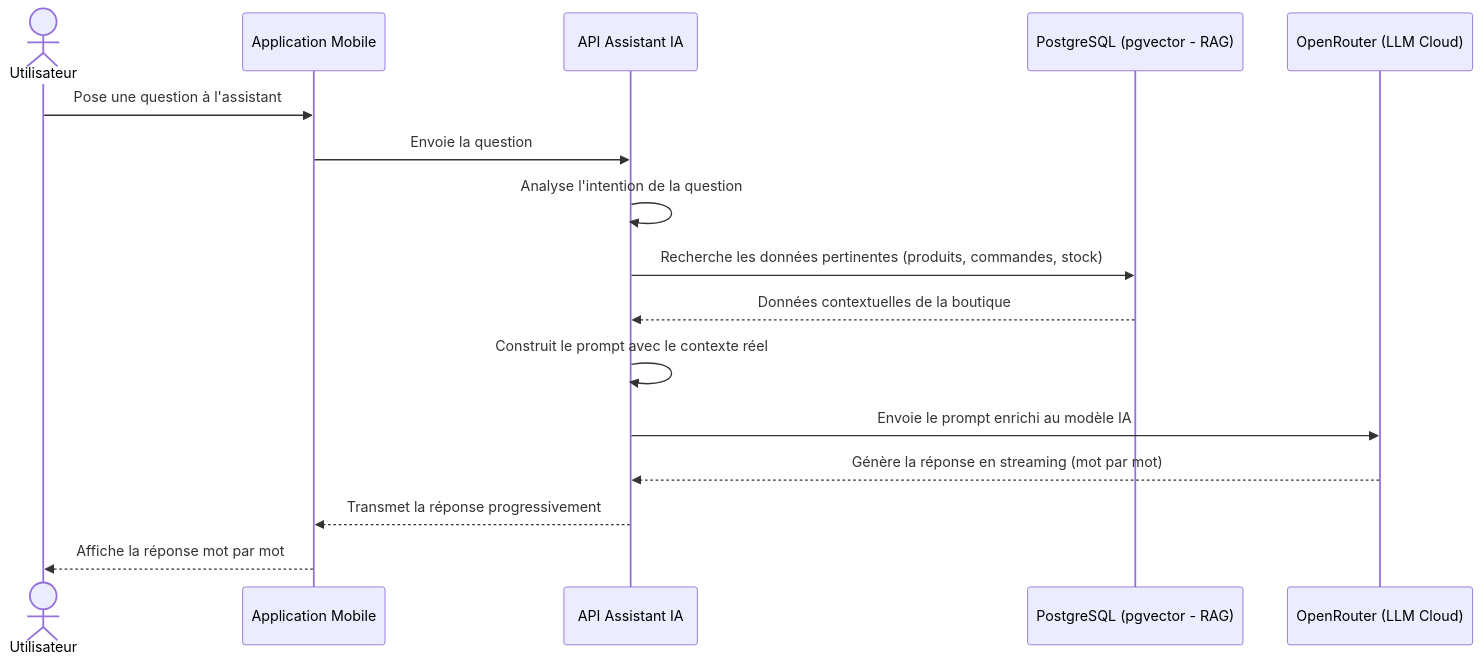
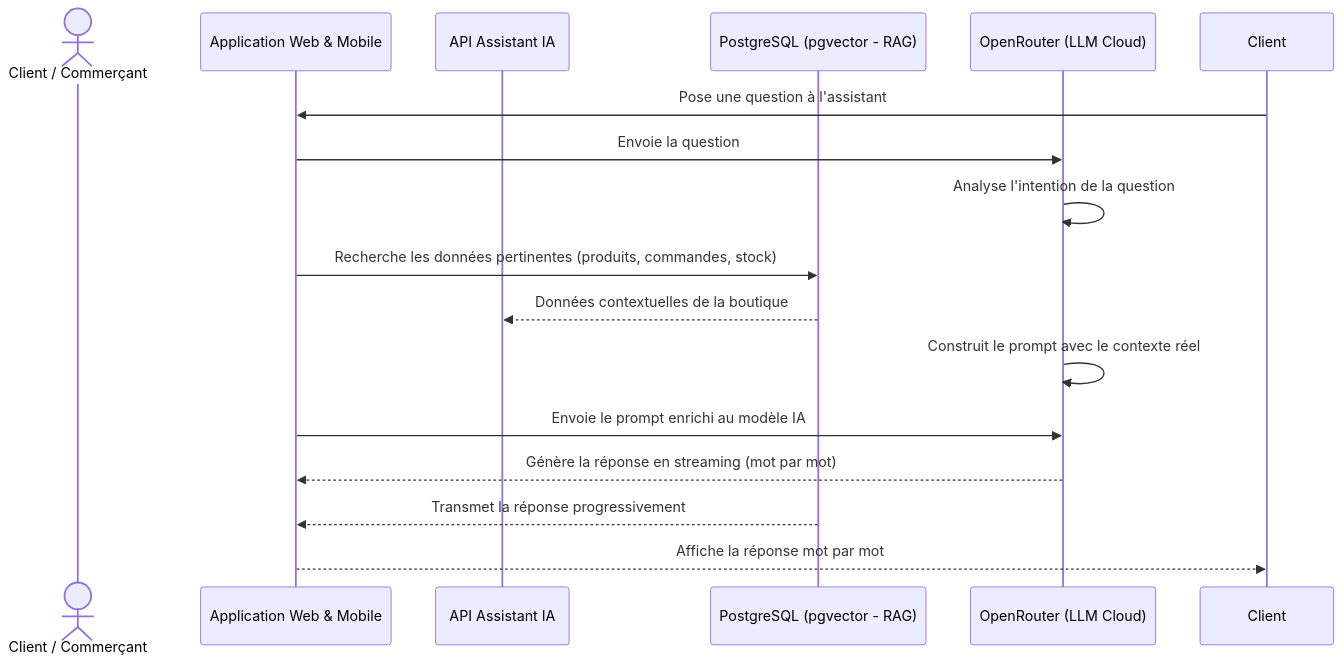
One commit to Abderrahmen1111/private-PFE-repos changed diagram 16 of 22 in CHAPITRE3_CONCEPTION.md. Above: the diagram before and after it, drawn with Mermaid. The commit also changed other lines of this file and 2 other files, not shown here.

Commit message:
docs: adapt sequence diagrams to Web/Mobile apps and Django SaaS Admin

````diff
--- a/CHAPITRE3_CONCEPTION.md
+++ b/CHAPITRE3_CONCEPTION.md
@@ -868,19 +870,19 @@
 ```mermaid
 sequenceDiagram
-    actor Utilisateur
-    participant Application as Application Mobile
+    actor Client / Commerçant
+    participant App as Application Web & Mobile
     participant ServeurIA as API Assistant IA
     participant BD as PostgreSQL (pgvector - RAG)
     participant LLM as OpenRouter (LLM Cloud)
 
-    Utilisateur->>Application: Pose une question à l'assistant
-    Application->>ServeurIA: Envoie la question
-    ServeurIA->>ServeurIA: Analyse l'intention de la question
-    ServeurIA->>BD: Recherche les données pertinentes (produits, commandes, stock)
+    Client->>App: Pose une question à l'assistant
+    App->>LLM: Envoie la question
+    LLM->>LLM: Analyse l'intention de la question
+    App->>BD: Recherche les données pertinentes (produits, commandes, stock)
     BD-->>ServeurIA: Données contextuelles de la boutique
-    ServeurIA->>ServeurIA: Construit le prompt avec le contexte réel
-    ServeurIA->>LLM: Envoie le prompt enrichi au modèle IA
-    LLM-->>ServeurIA: Génère la réponse en streaming (mot par mot)
-    ServeurIA-->>Application: Transmet la réponse progressivement
-    Application-->>Utilisateur: Affiche la réponse mot par mot
+    LLM->>LLM: Construit le prompt avec le contexte réel
+    App->>LLM: Envoie le prompt enrichi au modèle IA
+    LLM-->>App: Génère la réponse en streaming (mot par mot)
+    BD-->>App: Transmet la réponse progressivement
+    App-->>Client: Affiche la réponse mot par mot
 ```
````
